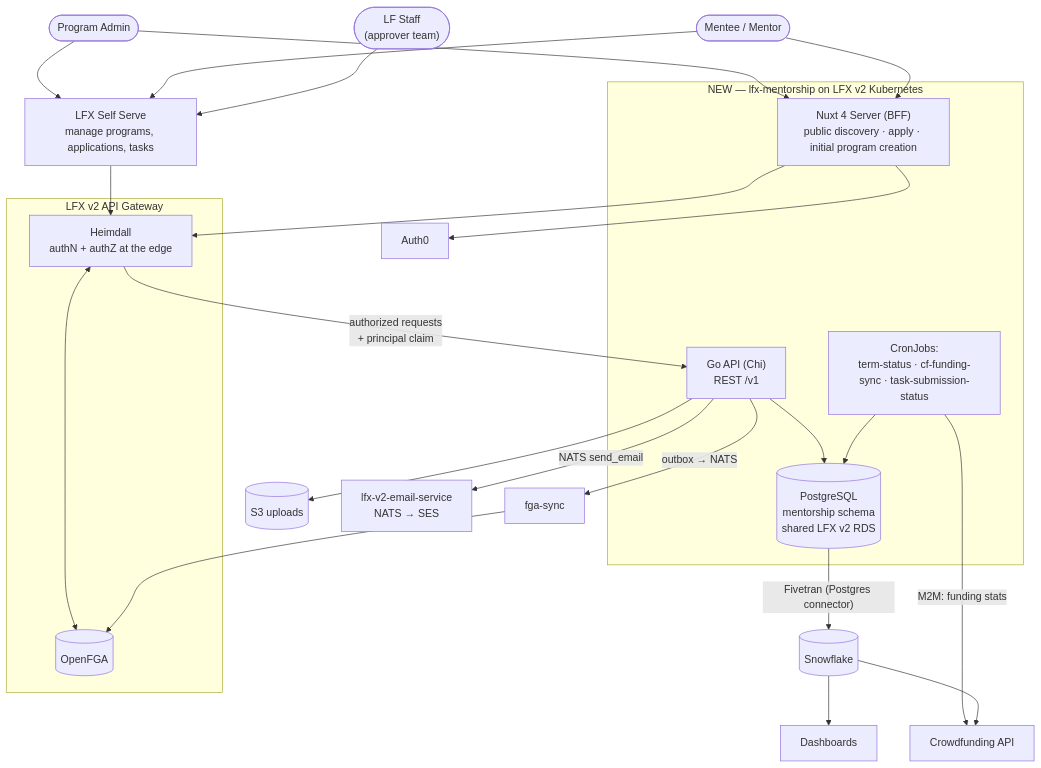
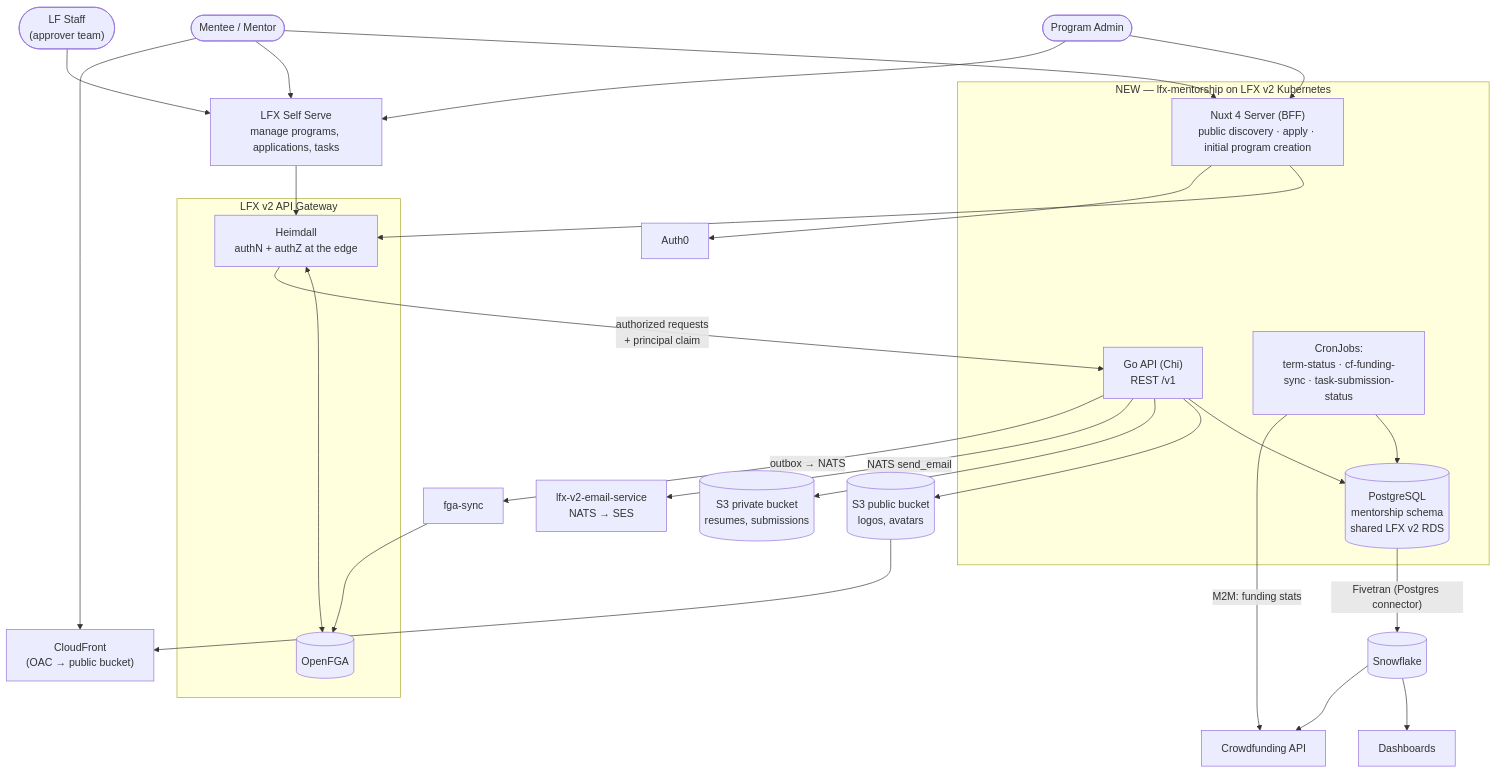
Before and after one commit to linuxfoundation/lfx-mentorship: the first of 2 diagrams in docs/rewrite/02-target-architecture.md, drawn with Mermaid. The commit also changed other lines of this file and 2 other files, not shown here.

````diff
--- a/docs/rewrite/02-target-architecture.md
+++ b/docs/rewrite/02-target-architecture.md
@@ -22,45 +22,50 @@
 ```mermaid
 flowchart TB
     ADMIN(["Program Admin"])
     USERS(["Mentee / Mentor"])
     SUPER(["LF Staff<br/>(approver team)"])
 
     subgraph GW["LFX v2 API Gateway"]
         HEIMDALL["Heimdall<br/>authN + authZ at the edge"]
         FGA[("OpenFGA")]
     end
 
     subgraph K8S["NEW — lfx-mentorship on LFX v2 Kubernetes"]
         NUXT["Nuxt 4 Server (BFF)<br/>public discovery · apply · initial program creation"]
         API["Go API (Chi)<br/>REST /v1"]
         PG[("PostgreSQL<br/>mentorship schema<br/>shared LFX v2 RDS")]
         CRONS["CronJobs:<br/>term-status · cf-funding-sync · task-submission-status"]
     end
 
     SS["LFX Self Serve<br/>manage programs, applications, tasks"]
     SYNC["fga-sync"]
     AUTH0["Auth0"]
-    S3[("S3 uploads")]
+    S3PUB[("S3 public bucket<br/>logos, avatars")]
+    S3PRIV[("S3 private bucket<br/>resumes, submissions")]
+    CDN["CloudFront<br/>(OAC → public bucket)"]
     EMAIL["lfx-v2-email-service<br/>NATS → SES"]
     CFAPI["Crowdfunding API"]
     SF[("Snowflake")]
     DASH["Dashboards"]
 
     ADMIN & USERS --> NUXT
     ADMIN & USERS & SUPER --> SS
     NUXT --> HEIMDALL
     SS --> HEIMDALL
     HEIMDALL <--> FGA
     HEIMDALL -- "authorized requests<br/>+ principal claim" --> API
     NUXT --> AUTH0
     API --> PG
-    API --> S3
+    API --> S3PUB
+    API --> S3PRIV
+    S3PUB --> CDN
+    USERS --> CDN
     API -- "NATS send_email" --> EMAIL
     API -- "outbox → NATS" --> SYNC
     SYNC --> FGA
     CRONS --> PG
     CRONS -- "M2M: funding stats" --> CFAPI
     PG -- "Fivetran (Postgres connector)" --> SF
     SF --> DASH
     SF --> CFAPI
 ```
````
